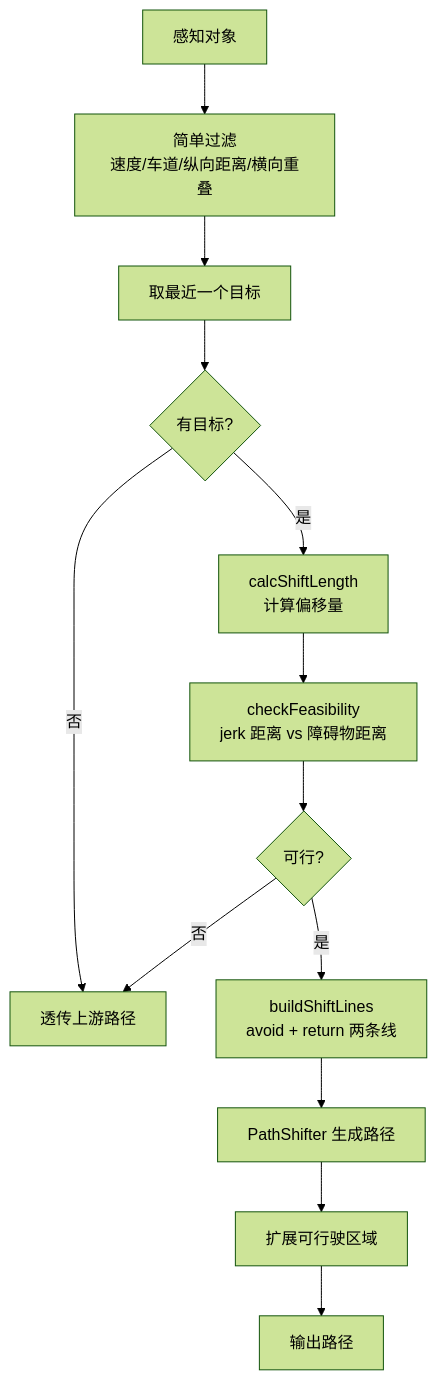
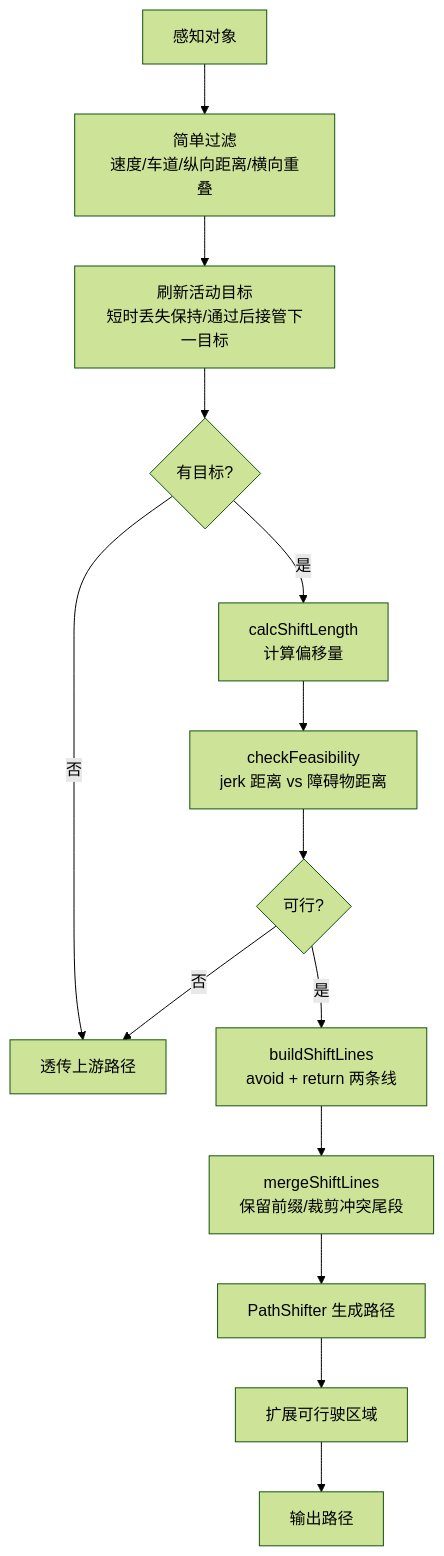
One commit to LeslieJay/new_car_autoware changed the second of 2 diagrams in src/universe/autoware_universe/planning/behavior_path_planner/autoware_behavior_path_simple_avoidance_module/README_zh.md. Above: the diagram before and after it, drawn with Mermaid (forest theme). The commit also changed other lines of this file and 70 other files, not shown here.

````diff
--- a/src/universe/autoware_universe/planning/behavior_path_planner/autoware_behavior_path_simple_avoidance_module/README_zh.md
+++ b/src/universe/autoware_universe/planning/behavior_path_planner/autoware_behavior_path_simple_avoidance_module/README_zh.md
@@ -60,15 +60,16 @@
 ```mermaid
 flowchart TD
     A[感知对象] --> B[简单过滤<br/>速度/车道/纵向距离/横向重叠]
-    B --> C[取最近一个目标]
+    B --> C[刷新活动目标<br/>短时丢失保持/通过后接管下一目标]
     C --> D{有目标?}
     D -->|否| E[透传上游路径]
     D -->|是| F[calcShiftLength<br/>计算偏移量]
     F --> G[checkFeasibility<br/>jerk 距离 vs 障碍物距离]
     G --> H{可行?}
     H -->|否| E
     H -->|是| I[buildShiftLines<br/>avoid + return 两条线]
-    I --> J[PathShifter 生成路径]
-    J --> K[扩展可行驶区域]
-    K --> L[输出路径]
+    I --> J[mergeShiftLines<br/>保留前缀/裁剪冲突尾段]
+    J --> K[PathShifter 生成路径]
+    K --> L[扩展可行驶区域]
+    L --> M[输出路径]
 ```
````
